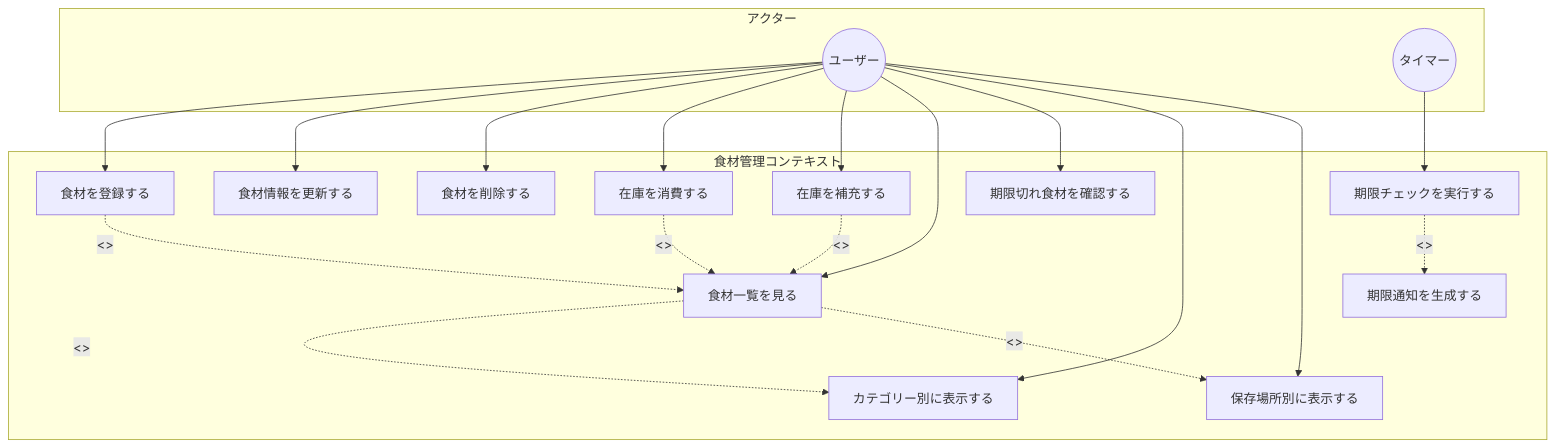
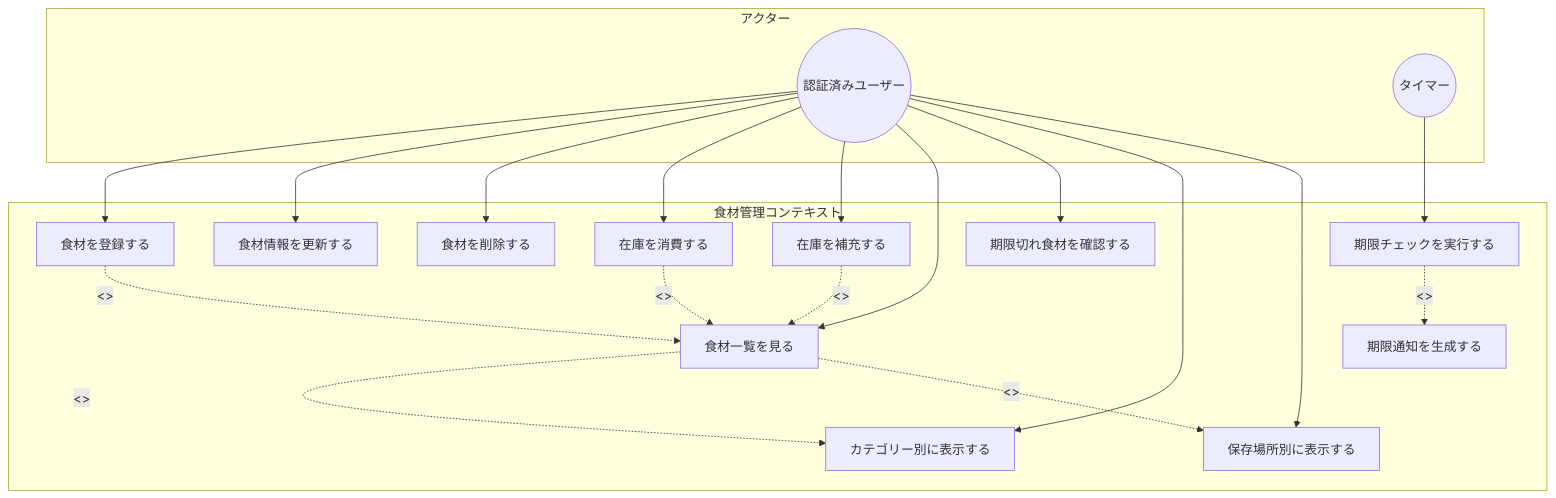
Before and after one commit to komei0727/all_in_one: the second of 6 diagrams in docs/domain/contexts/ingredient-management/sudo-modeling.md, drawn with Mermaid. The commit also changed other lines of this file and 25 other files, not shown here.

````diff
--- a/docs/domain/contexts/ingredient-management/sudo-modeling.md
+++ b/docs/domain/contexts/ingredient-management/sudo-modeling.md
@@ -54,43 +58,43 @@
 ```mermaid
 graph TB
     subgraph "アクター"
-        USER((ユーザー))
+        USER((認証済みユーザー))
         TIMER((タイマー))
     end
 
     subgraph "食材管理コンテキスト"
         UC1[食材を登録する]
         UC2[食材情報を更新する]
         UC3[食材を削除する]
         UC4[在庫を消費する]
         UC5[在庫を補充する]
         UC6[食材一覧を見る]
         UC7[期限切れ食材を確認する]
         UC8[カテゴリー別に表示する]
         UC9[保存場所別に表示する]
         UC10[期限チェックを実行する]
         UC11[期限通知を生成する]
     end
 
     %% ユーザーのユースケース
     USER --> UC1
     USER --> UC2
     USER --> UC3
     USER --> UC4
     USER --> UC5
     USER --> UC6
     USER --> UC7
     USER --> UC8
     USER --> UC9
 
     %% タイマーのユースケース
     TIMER --> UC10
 
     %% 依存関係
     UC10 -.->|<<include>>| UC11
     UC6 -.->|<<extend>>| UC8
     UC6 -.->|<<extend>>| UC9
     UC1 -.->|<<include>>| UC6
     UC4 -.->|<<include>>| UC6
     UC5 -.->|<<include>>| UC6
 ```
````
